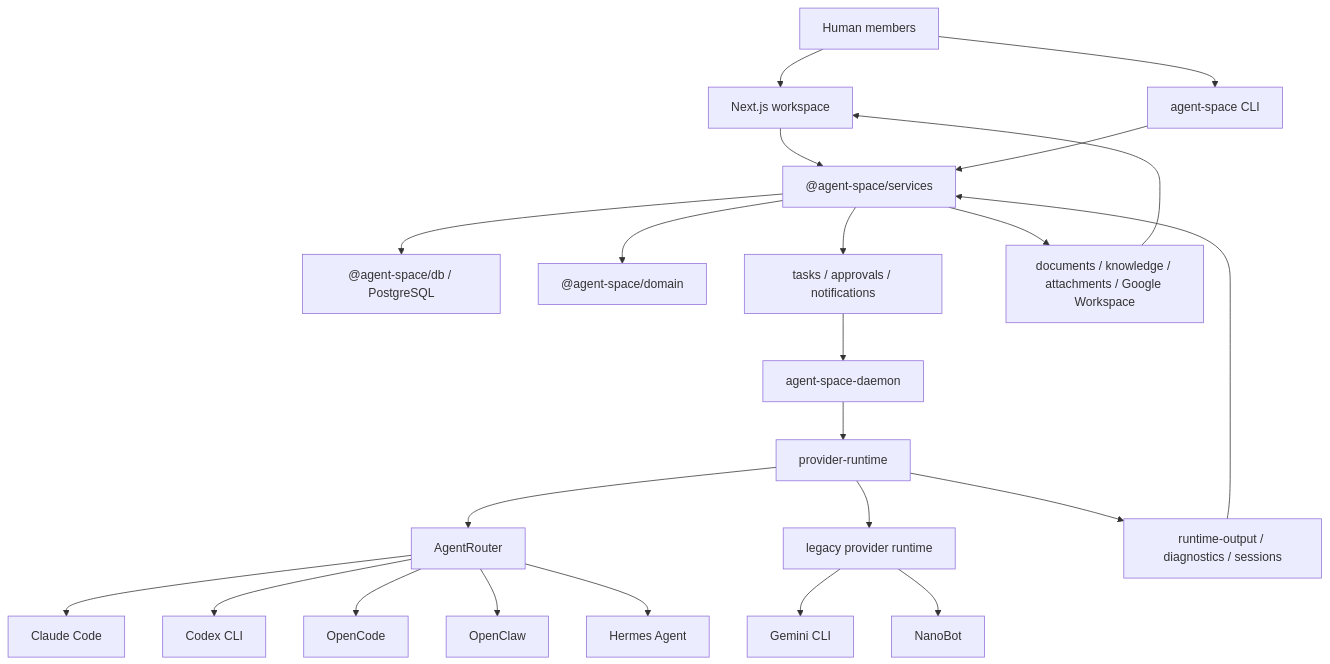
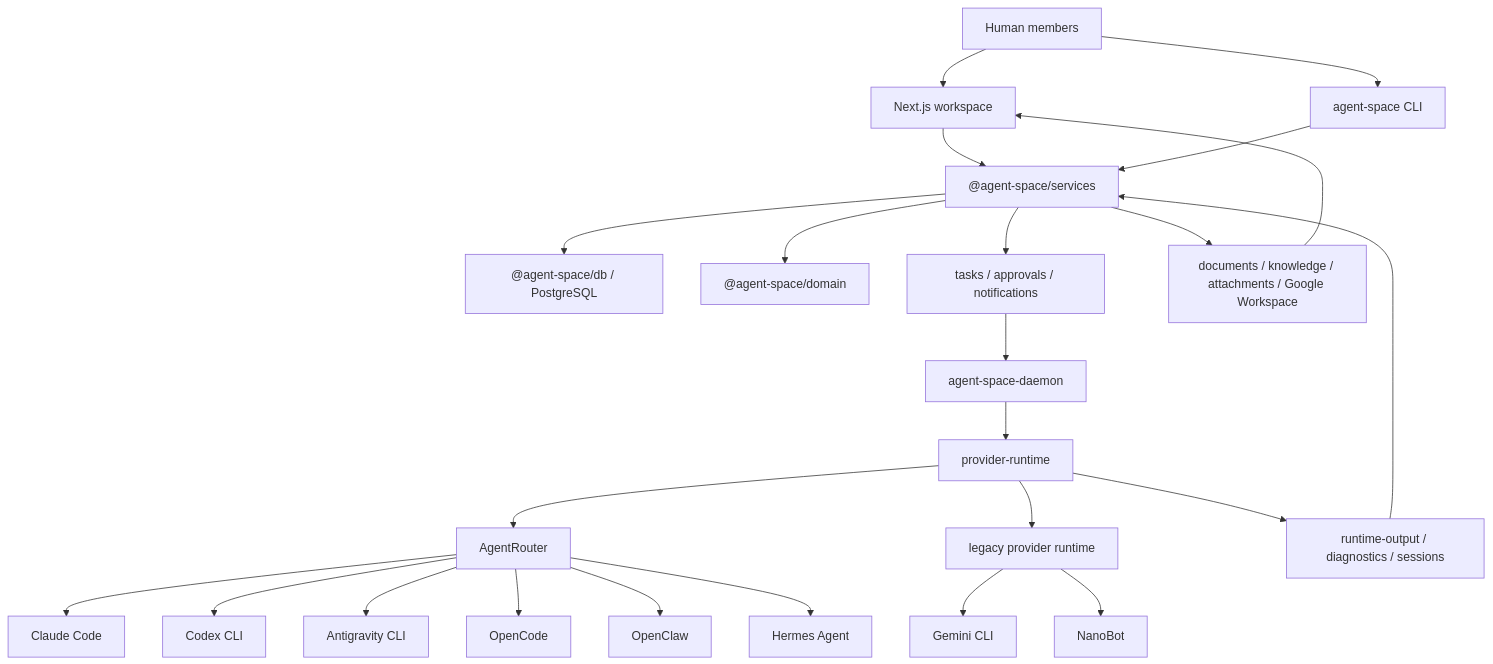
The diagram in README.md (archive-of-deleted-repositories/santhreal__AgentSpace), drawn with Mermaid before and after one commit. The commit also changed other lines of this file and 18 other files, not shown here.

````diff
--- a/README.md
+++ b/README.md
@@ -342,25 +346,26 @@
 ```mermaid
 flowchart TD
   User["Human members"] --> Web["Next.js workspace"]
   User --> CLI["agent-space CLI"]
   Web --> Services["@agent-space/services"]
   CLI --> Services
   Services --> DB["@agent-space/db / PostgreSQL"]
   Services --> Domain["@agent-space/domain"]
   Services --> Queue["tasks / approvals / notifications"]
   Queue --> Daemon["agent-space-daemon"]
   Daemon --> Runtime["provider-runtime"]
   Runtime --> Router["AgentRouter"]
   Runtime --> Legacy["legacy provider runtime"]
   Router --> Claude["Claude Code"]
   Router --> Codex["Codex CLI"]
+  Router --> Antigravity["Antigravity CLI"]
   Router --> OpenCode["OpenCode"]
   Router --> OpenClaw["OpenClaw"]
   Router --> Hermes["Hermes Agent"]
   Legacy --> Gemini["Gemini CLI"]
   Legacy --> NanoBot["NanoBot"]
   Runtime --> Output["runtime-output / diagnostics / sessions"]
   Output --> Services
   Services --> Docs["documents / knowledge / attachments / Google Workspace"]
   Docs --> Web
 ```
````
